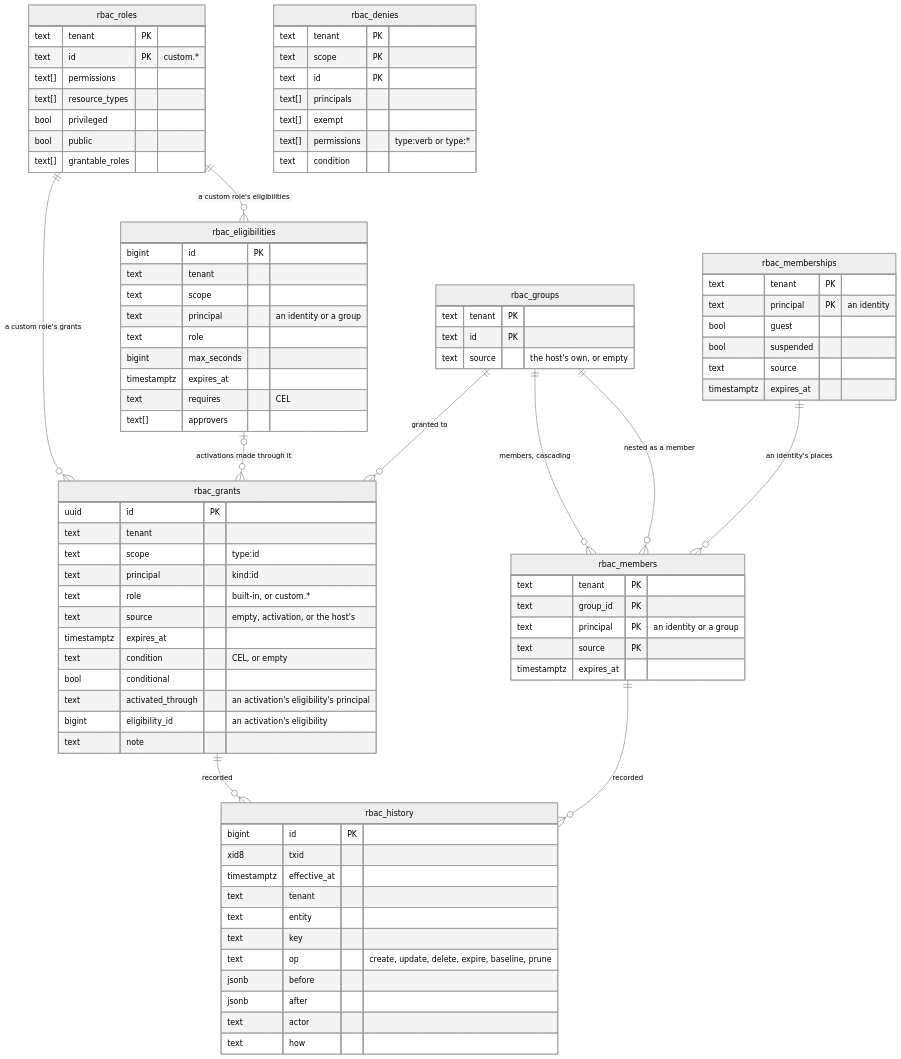
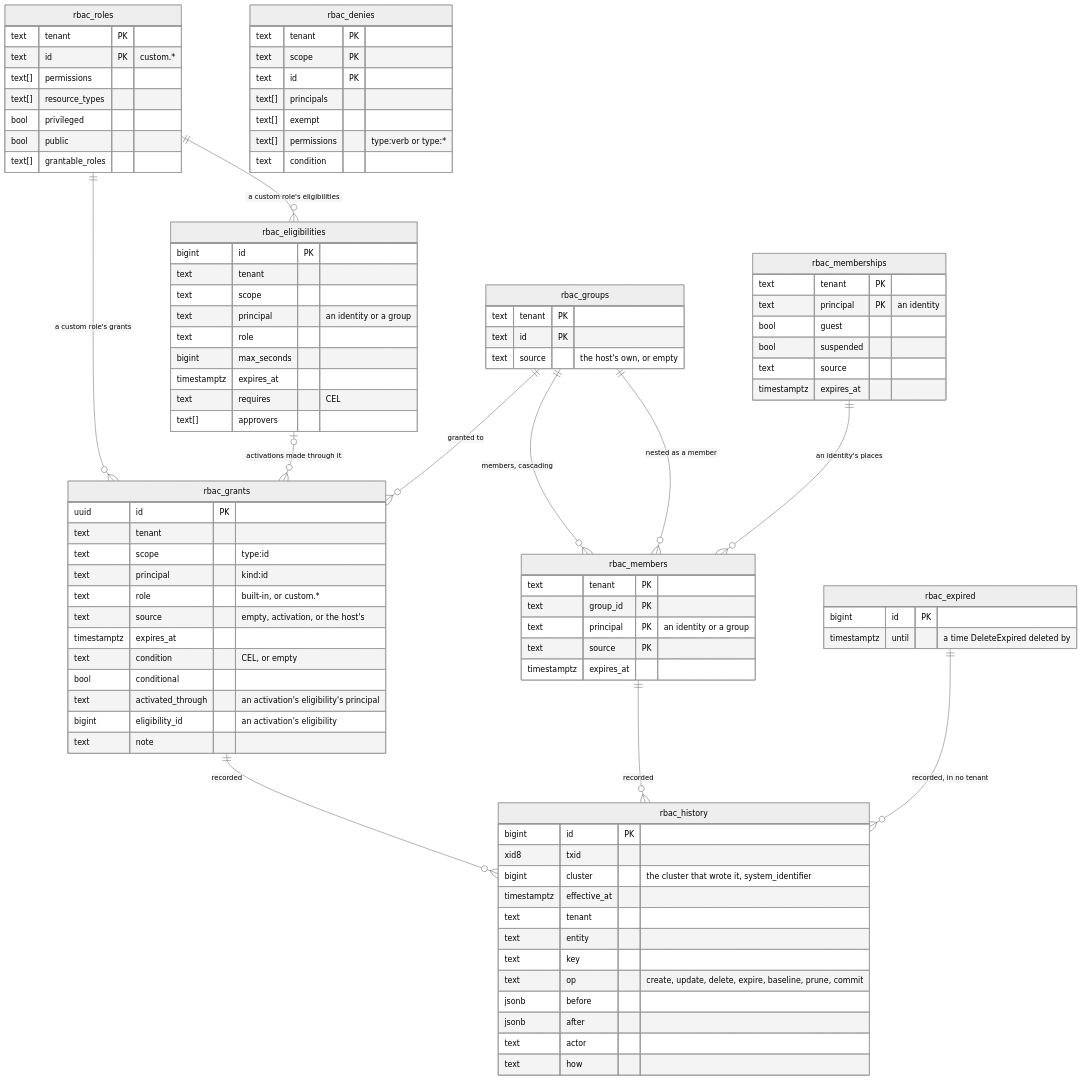
Before and after one commit to parallelworks/rbac: the third of 14 diagrams in docs/architecture.md, drawn with Mermaid (neutral theme). The commit also changed other lines of this file and 8 other files, not shown here.

````diff
--- a/docs/architecture.md
+++ b/docs/architecture.md
@@ -179,15 +179,20 @@
     rbac_history {
         bigint id PK
         xid8 txid
+        bigint cluster "the cluster that wrote it, system_identifier"
         timestamptz effective_at
         text tenant
         text entity
         text key
-        text op "create, update, delete, expire, baseline, prune"
+        text op "create, update, delete, expire, baseline, prune, commit"
         jsonb before
         jsonb after
         text actor
         text how
+    }
+    rbac_expired {
+        bigint id PK
+        timestamptz until "a time DeleteExpired deleted by"
     }
     rbac_roles ||--o{ rbac_grants : "a custom role's grants"
     rbac_roles ||--o{ rbac_eligibilities : "a custom role's eligibilities"
@@ -198,4 +203,5 @@
     rbac_groups ||--o{ rbac_grants : "granted to"
     rbac_grants ||--o{ rbac_history : "recorded"
     rbac_members ||--o{ rbac_history : "recorded"
+    rbac_expired ||--o{ rbac_history : "recorded, in no tenant"
 ```
````
